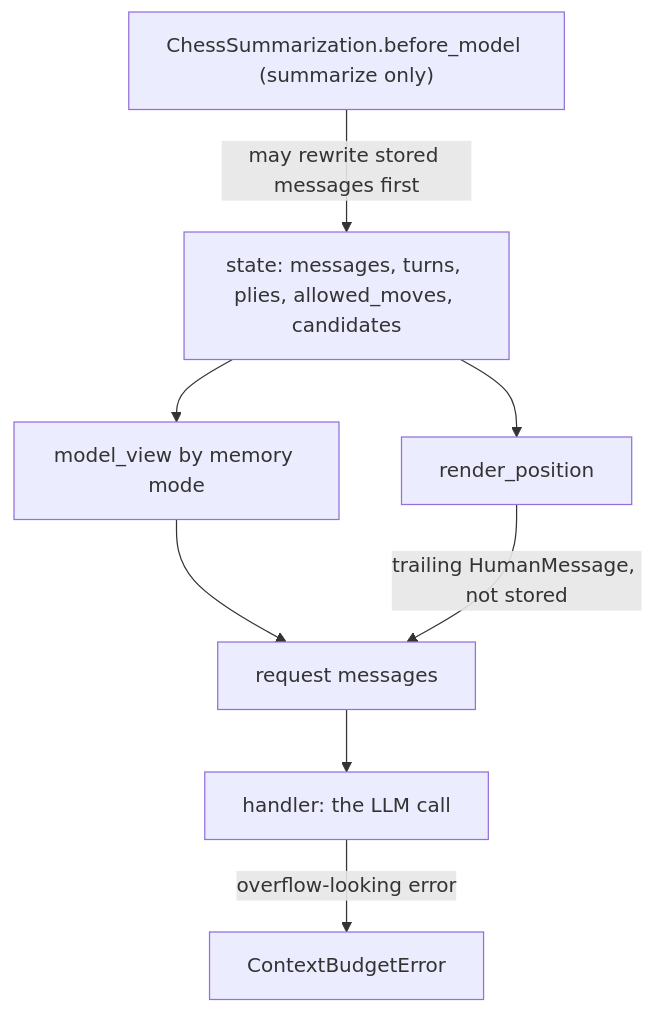
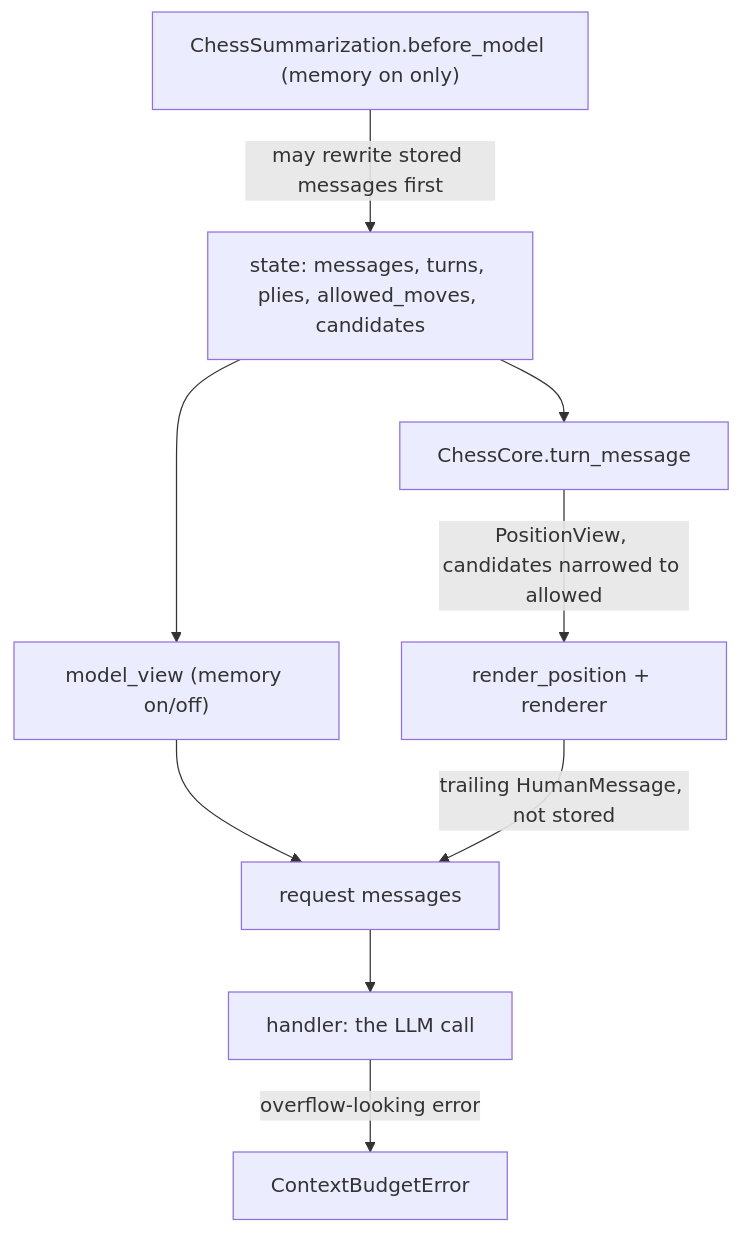
Before and after one commit to darieldatoon/langchain-chess: the diagram in openwiki/concepts/prompt-and-memory.md, drawn with Mermaid. The commit also changed other lines of this file and 48 other files, not shown here.

````diff
--- a/openwiki/concepts/prompt-and-memory.md
+++ b/openwiki/concepts/prompt-and-memory.md
@@ -52,10 +60,11 @@
 ```mermaid
 flowchart TD
-    S["state: messages, turns, plies, allowed_moves, candidates"] --> V["model_view by memory mode"]
-    S --> R["render_position"]
+    S["state: messages, turns, plies, allowed_moves, candidates"] --> V["model_view (memory on/off)"]
+    S --> T["ChessCore.turn_message"]
+    T -->|"PositionView, candidates narrowed to allowed"| R["render_position + renderer"]
     V --> M["request messages"]
     R -->|"trailing HumanMessage, not stored"| M
-    SUM["ChessSummarization.before_model (summarize only)"] -->|"may rewrite stored messages first"| S
+    SUM["ChessSummarization.before_model (memory on only)"] -->|"may rewrite stored messages first"| S
     M --> H["handler: the LLM call"]
     H -->|"overflow-looking error"| E["ContextBudgetError"]
 ```
````
